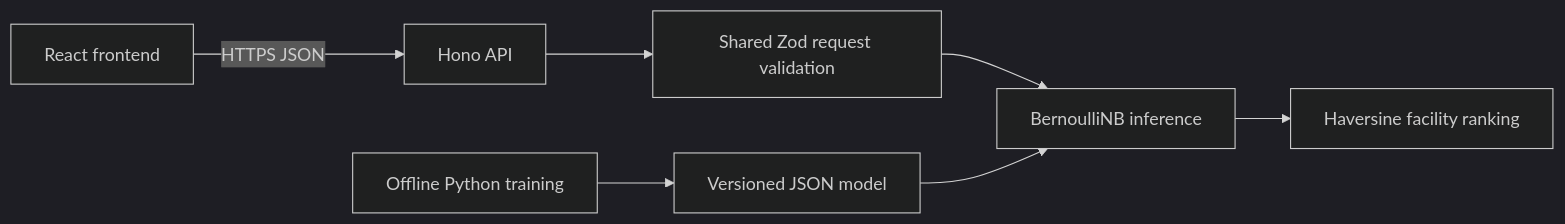
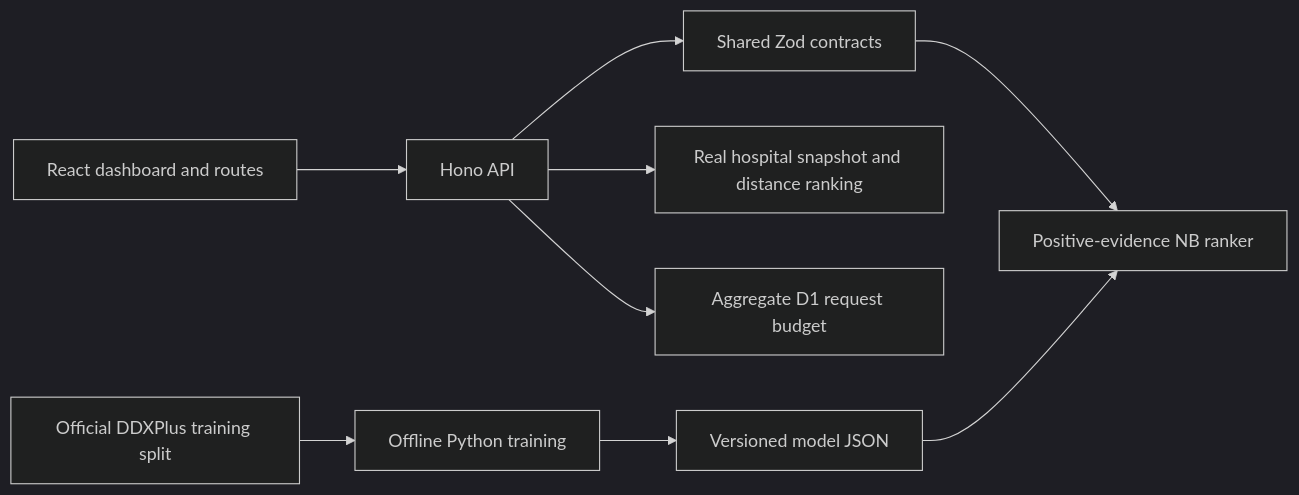
The diagram in docs/architecture/README.md (surajsuman23/disease-hospital-recommender), drawn with Mermaid (dark theme) before and after one commit. The commit also changed other lines of this file and 39 other files, not shown here.

Commit message:
Build Arovia dashboard with DDXPlus disease ranking and sourced hospitals

````diff
--- a/docs/architecture/README.md
+++ b/docs/architecture/README.md
@@ -3,9 +3,11 @@
 ```mermaid
 flowchart LR
-  UI[React frontend] -->|HTTPS JSON| API[Hono API]
-  API --> Validate[Shared Zod request validation]
-  Validate --> Infer[BernoulliNB inference]
-  Infer --> Rank[Haversine facility ranking]
-  Train[Offline Python training] --> Artifact[Versioned JSON model]
-  Artifact --> Infer
+  Dashboard[React dashboard and routes] --> API[Hono API]
+  API --> Validation[Shared Zod contracts]
+  Validation --> Ranker[Positive-evidence NB ranker]
+  API --> Hospitals[Real hospital snapshot and distance ranking]
+  API --> Budget[Aggregate D1 request budget]
+  DDX[Official DDXPlus training split] --> Python[Offline Python training]
+  Python --> Artifact[Versioned model JSON]
+  Artifact --> Ranker
 ```
````
